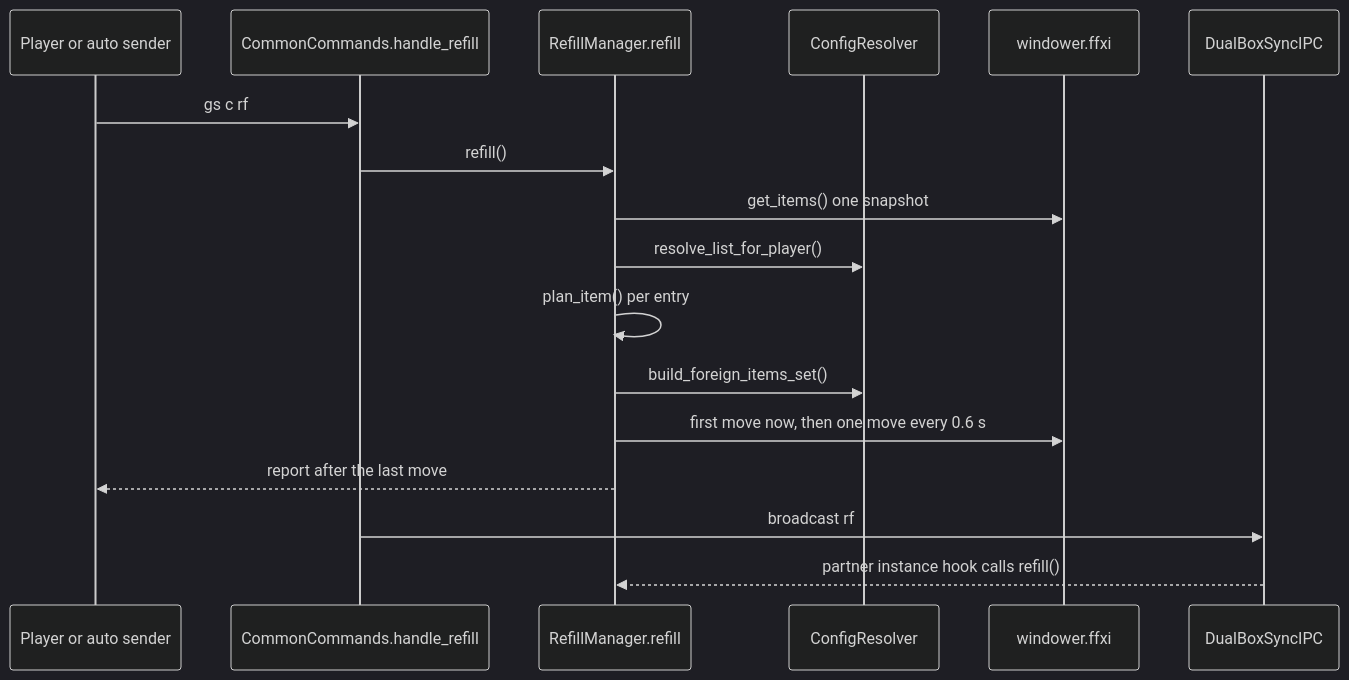
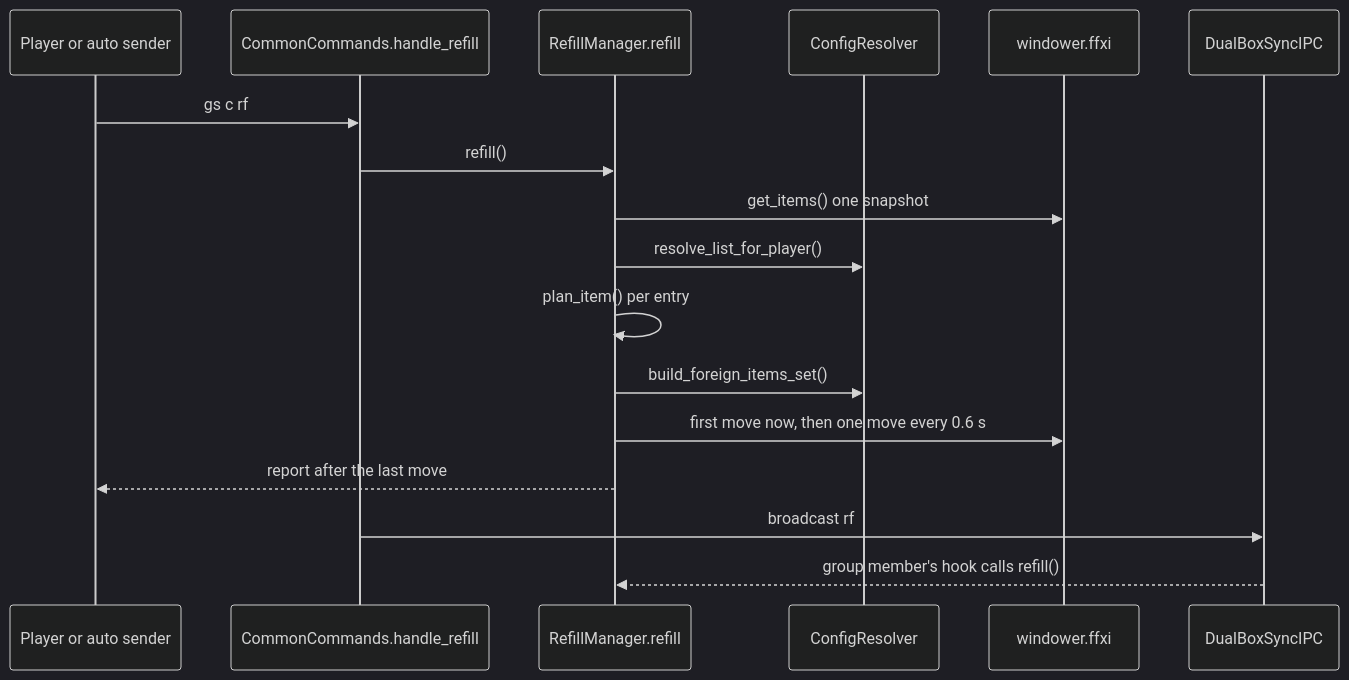
The third of 3 diagrams in docs/dev/systems/equipment-and-inventory.md (ejouanchicot/Gearswap), drawn with Mermaid (dark theme) before and after one commit. The commit also changed other lines of this file and 7 other files, not shown here.

````diff
--- a/docs/dev/systems/equipment-and-inventory.md
+++ b/docs/dev/systems/equipment-and-inventory.md
@@ -235,19 +235,19 @@
 ```mermaid
 sequenceDiagram
     participant U as Player or auto sender
     participant CC as CommonCommands.handle_refill
     participant RM as RefillManager.refill
     participant CR as ConfigResolver
     participant W as windower.ffxi
     participant IPC as DualBoxSyncIPC
     U->>CC: gs c rf
     CC->>RM: refill()
     RM->>W: get_items() one snapshot
     RM->>CR: resolve_list_for_player()
     RM->>RM: plan_item() per entry
     RM->>CR: build_foreign_items_set()
     RM->>W: first move now, then one move every 0.6 s
     RM-->>U: report after the last move
     CC->>IPC: broadcast rf
-    IPC-->>RM: partner instance hook calls refill()
+    IPC-->>RM: group member's hook calls refill()
 ```
````
